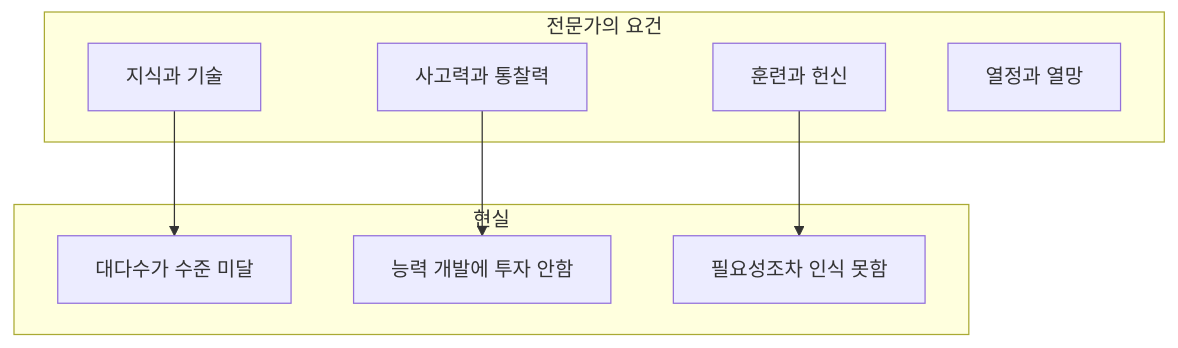
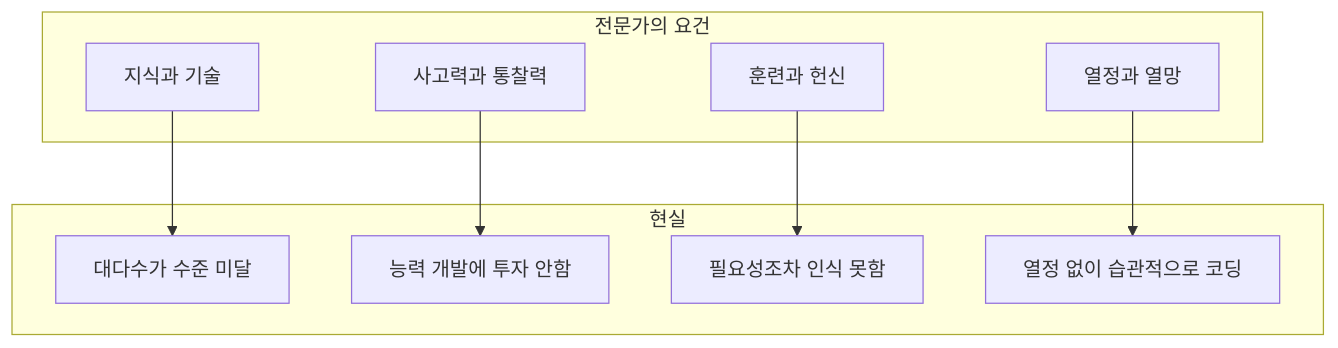
One commit to 42jerrykim/42jerrykim.github.io changed the second of 5 diagrams in content/collection/cleanarchitecture/06-introduction-software-design-architecture/index.md. Above: the diagram before and after it, drawn with Mermaid. The commit also changed other lines of this file, not shown here.

First line of the commit message:
fix: 06장 2차 채점 피드백 반영 (흔한 오해 절 신설, 미검증 인용 완화, 다이어그램 정합)

````diff
--- a/content/collection/cleanarchitecture/06-introduction-software-design-architecture/index.md
+++ b/content/collection/cleanarchitecture/06-introduction-software-design-architecture/index.md
@@ -93,19 +93,21 @@
 ```mermaid
 flowchart TB
     subgraph Requirements [전문가의 요건]
         K[지식과 기술]
         T[사고력과 통찰력]
         D[훈련과 헌신]
         P[열정과 열망]
     end
     
     subgraph Reality [현실]
         R1[대다수가 수준 미달]
         R2[능력 개발에 투자 안함]
         R3[필요성조차 인식 못함]
+        R4[열정 없이 습관적으로 코딩]
     end
     
     K --> R1
     T --> R2
     D --> R3
+    P --> R4
 ```
````
